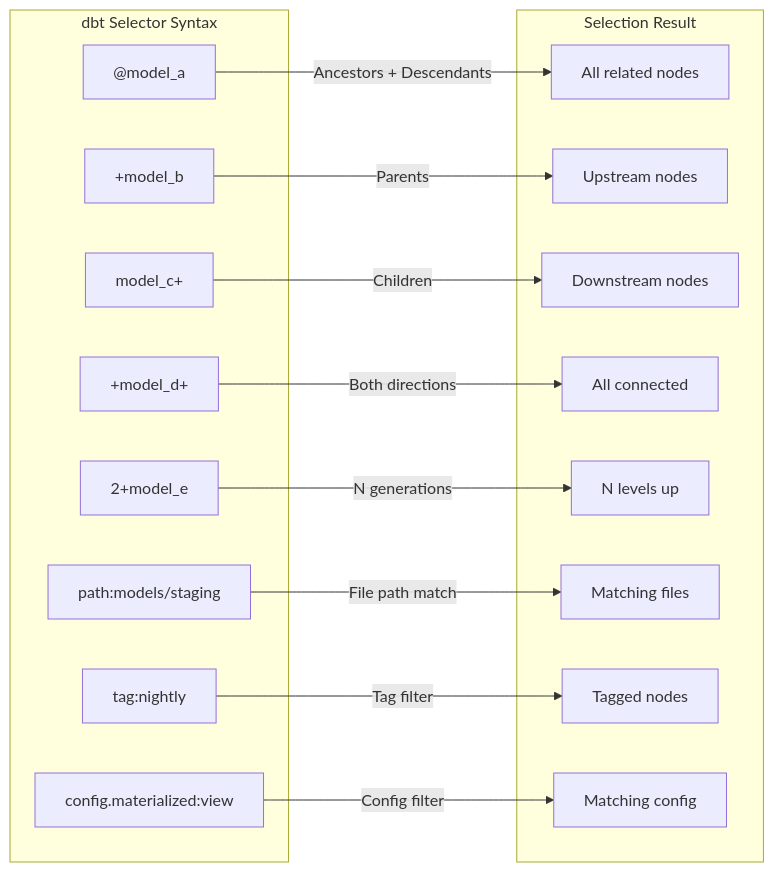
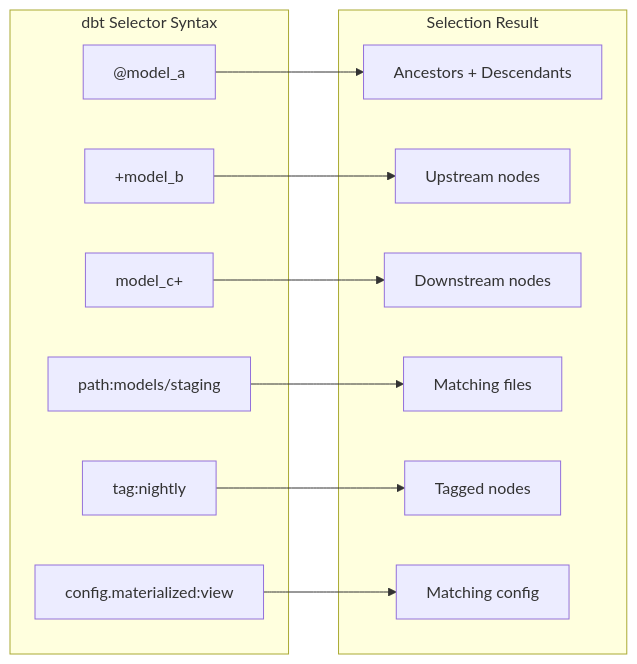
Before and after one commit to josix/astronomer-cosmos: diagram 18 of 28 in docs/ARCHITECTURE.md, drawn with Mermaid. The commit also changed other lines of this file, not shown here.

First line of the commit message:
docs: Update architecture documentation with v1.12 features

````diff
--- a/docs/ARCHITECTURE.md
+++ b/docs/ARCHITECTURE.md
@@ -617,24 +764,20 @@
 ```mermaid
 flowchart LR
     subgraph "dbt Selector Syntax"
         AT["@model_a"]
         PLUS_PRE["+model_b"]
         PLUS_POST["model_c+"]
-        PLUS_BOTH["+model_d+"]
-        N_PLUS["2+model_e"]
         PATH["path:models/staging"]
         TAG["tag:nightly"]
         CONFIG["config.materialized:view"]
     end
 
     subgraph "Selection Result"
-        AT --> |"Ancestors + Descendants"| ALL[All related nodes]
-        PLUS_PRE --> |"Parents"| UP[Upstream nodes]
-        PLUS_POST --> |"Children"| DOWN[Downstream nodes]
-        PLUS_BOTH --> |"Both directions"| BOTH[All connected]
-        N_PLUS --> |"N generations"| NGEN[N levels up]
-        PATH --> |"File path match"| FILES[Matching files]
-        TAG --> |"Tag filter"| TAGGED[Tagged nodes]
-        CONFIG --> |"Config filter"| CONFIGURED[Matching config]
+        AT --> ALL[Ancestors + Descendants]
+        PLUS_PRE --> UP[Upstream nodes]
+        PLUS_POST --> DOWN[Downstream nodes]
+        PATH --> FILES[Matching files]
+        TAG --> TAGGED[Tagged nodes]
+        CONFIG --> CONFIGURED[Matching config]
     end
 ```
````
